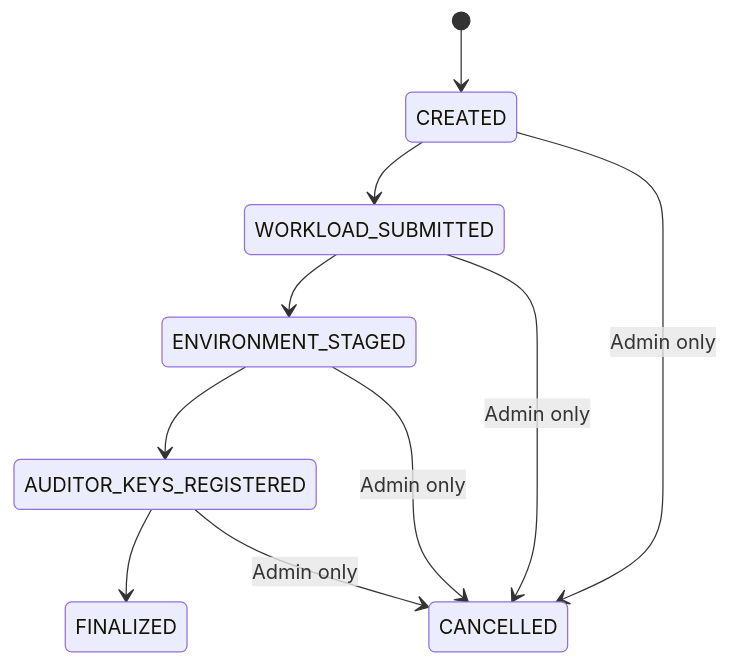
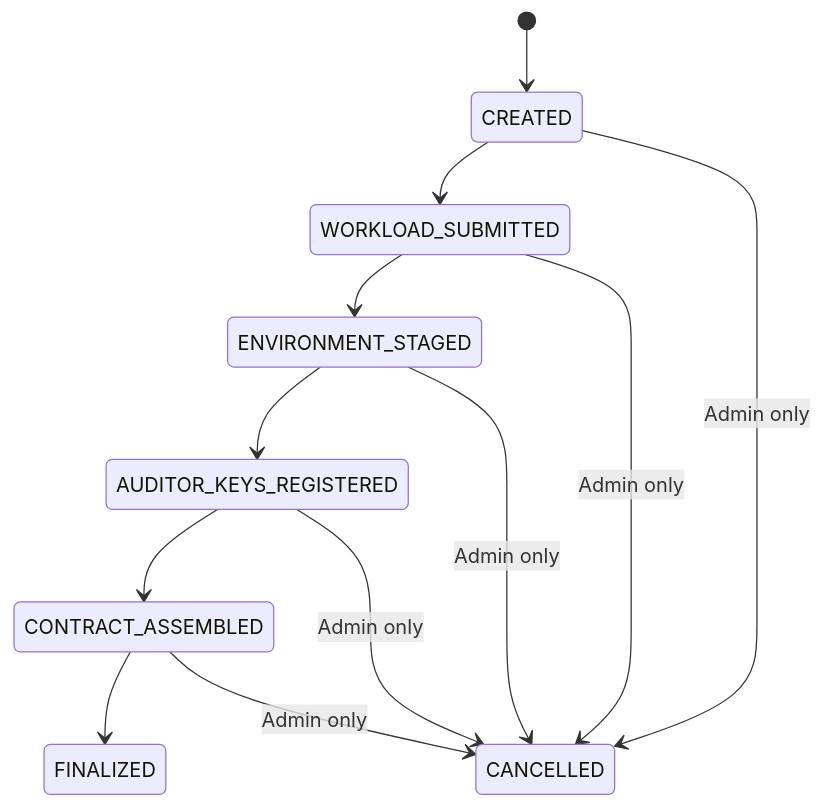
The first of 3 diagrams in Design/1-high-level-design.md (Sashwat-K/persona-based-contract-generator), drawn with Mermaid before and after one commit. The commit also changed other lines of this file and 6 other files, not shown here.

````diff
--- a/Design/1-high-level-design.md
+++ b/Design/1-high-level-design.md
@@ -321,12 +320,14 @@
 ```mermaid
 stateDiagram-v2
     [*] --> CREATED
     CREATED --> WORKLOAD_SUBMITTED
     WORKLOAD_SUBMITTED --> ENVIRONMENT_STAGED
     ENVIRONMENT_STAGED --> AUDITOR_KEYS_REGISTERED
-    AUDITOR_KEYS_REGISTERED --> FINALIZED
+    AUDITOR_KEYS_REGISTERED --> CONTRACT_ASSEMBLED
+    CONTRACT_ASSEMBLED --> FINALIZED
     CREATED --> CANCELLED : Admin only
     WORKLOAD_SUBMITTED --> CANCELLED : Admin only
     ENVIRONMENT_STAGED --> CANCELLED : Admin only
     AUDITOR_KEYS_REGISTERED --> CANCELLED : Admin only
+    CONTRACT_ASSEMBLED --> CANCELLED : Admin only
 ```
````
